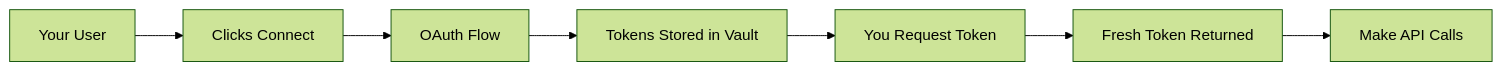
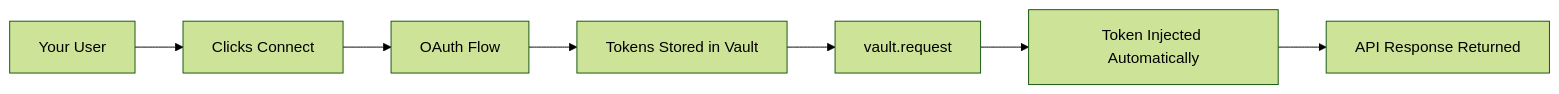
The first of 2 diagrams in reference/architecture.mdx (AlterAIDev/docs), drawn with Mermaid (forest theme) before and after one commit. The commit also changed other lines of this file and 11 other files, not shown here.

````diff
--- a/reference/architecture.mdx
+++ b/reference/architecture.mdx
@@ -12,9 +12,9 @@
 ```mermaid
 graph LR
     A[Your User] --> B[Clicks Connect]
     B --> C[OAuth Flow]
     C --> D[Tokens Stored in Vault]
-    D --> E[You Request Token]
-    E --> F[Fresh Token Returned]
-    F --> G[Make API Calls]
+    D --> E[vault.request]
+    E --> F[Token Injected Automatically]
+    F --> G[API Response Returned]
 ```
````
